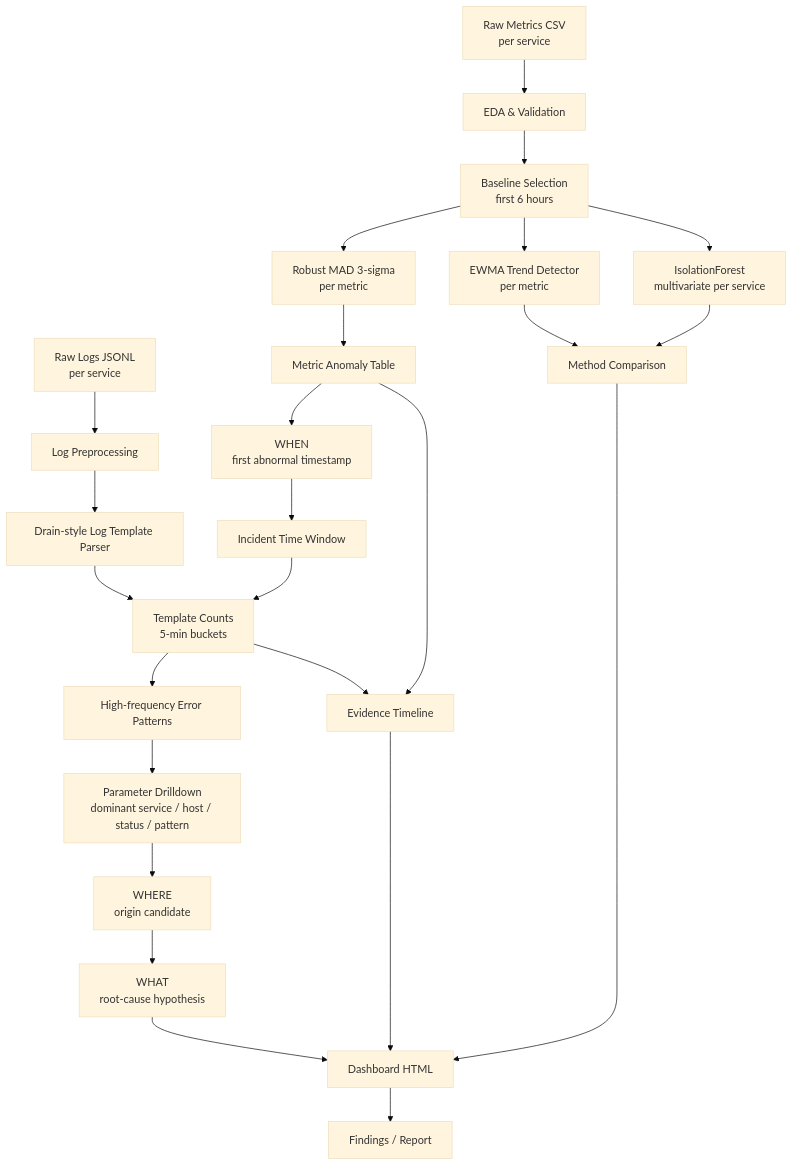
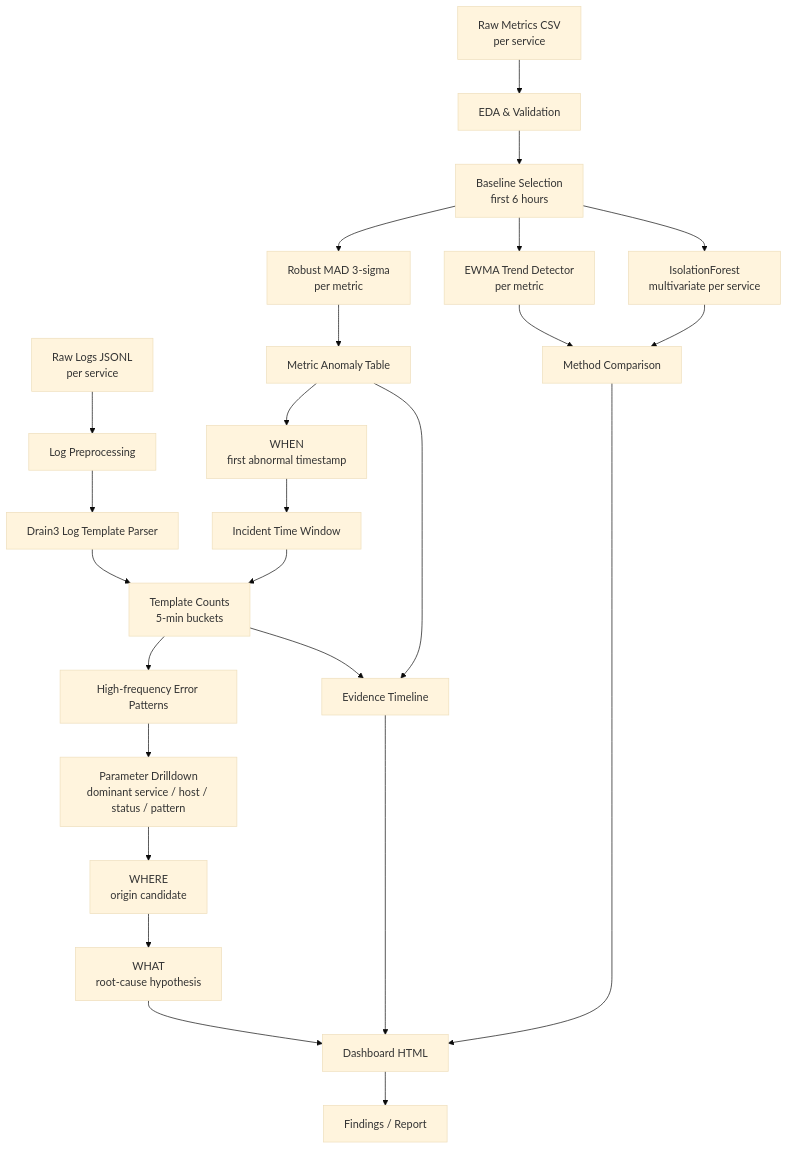
One commit to c0mmie-b0msh3ll/g1-data changed the diagram in DATA_PIPELINE_PRESENTATION.md. Above: the diagram before and after it, drawn with Mermaid (base theme). The commit also changed 33 other files, not shown here.

````diff
--- a/DATA_PIPELINE_PRESENTATION.md
+++ b/DATA_PIPELINE_PRESENTATION.md
@@ -43,33 +43,33 @@
 ```mermaid
 flowchart TD
     A[Raw Metrics CSV<br/>per service] --> B[EDA & Validation]
     C[Raw Logs JSONL<br/>per service] --> D[Log Preprocessing]
 
     B --> E[Baseline Selection<br/>first 6 hours]
     E --> F1[Robust MAD 3-sigma<br/>per metric]
     E --> F2[EWMA Trend Detector<br/>per metric]
     E --> F3[IsolationForest<br/>multivariate per service]
 
     F1 --> G[Metric Anomaly Table]
     F2 --> H[Method Comparison]
     F3 --> H
     G --> I[WHEN<br/>first abnormal timestamp]
 
     I --> J[Incident Time Window]
-    D --> K[Drain-style Log Template Parser]
+    D --> K[Drain3 Log Template Parser]
     K --> L[Template Counts<br/>5-min buckets]
     J --> L
 
     L --> M[High-frequency Error Patterns]
     M --> N[Parameter Drilldown<br/>dominant service / host / status / pattern]
     N --> O[WHERE<br/>origin candidate]
 
     G --> P[Evidence Timeline]
     L --> P
     O --> Q[WHAT<br/>root-cause hypothesis]
 
     P --> R[Dashboard HTML]
     H --> R
     Q --> R
     R --> S[Findings / Report]
 ```
````
